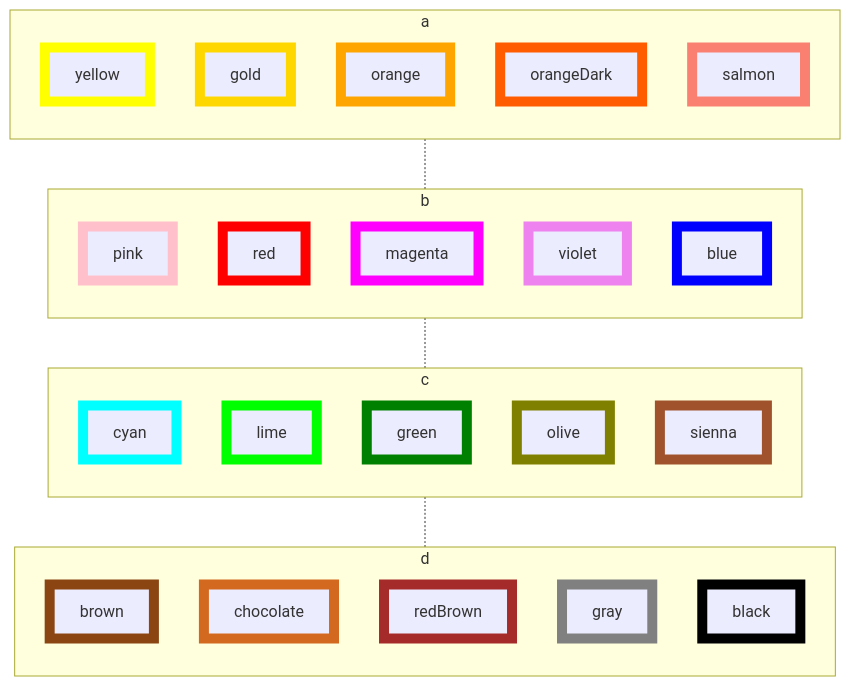
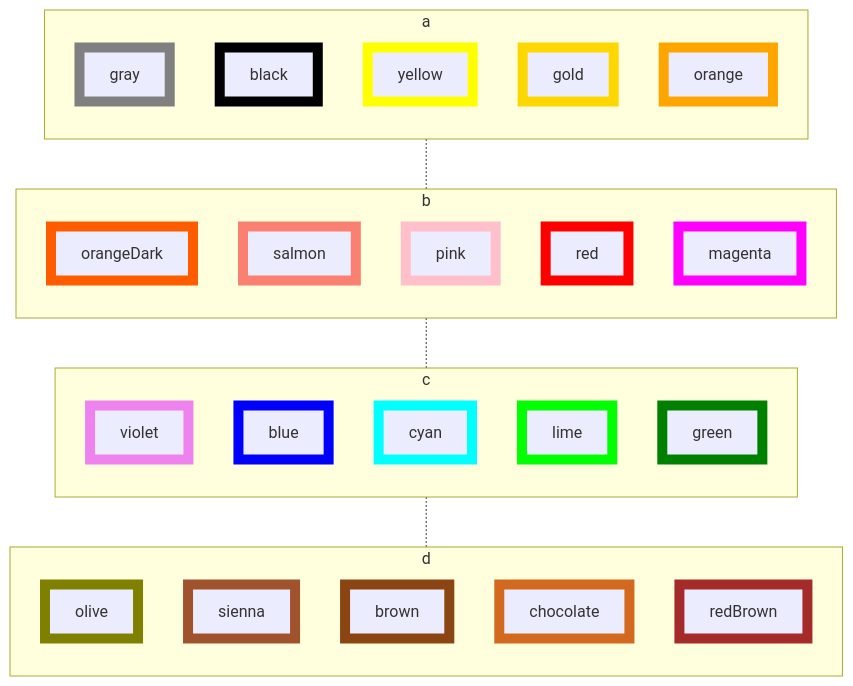
Before and after one commit to Ee-Cs/Ee-Cs.github.io: the second of 2 diagrams in files/fill-and-stroke-colors.md, drawn with Mermaid. The commit also changed other lines of this file, not shown here.

````diff
--- a/files/fill-and-stroke-colors.md
+++ b/files/fill-and-stroke-colors.md
@@ -38,57 +38,57 @@
 ```mermaid
 flowchart TB
 subgraph a
     direction TB
+    gray:::gray
+    black:::black
     yellow:::yellow
     gold:::gold
     orange:::orange
-    orangeDark:::orangeDark
-    salmon:::salmon
 end
 subgraph b
     direction TB
+    orangeDark:::orangeDark
+    salmon:::salmon
     pink:::pink
     red:::red
     magenta:::magenta
-    violet:::violet
-    blue:::blue
 end
 subgraph c
     direction TB
+    violet:::violet
+    blue:::blue
     cyan:::cyan
     lime:::lime
     green:::green
-    olive:::olive
-    sienna:::sienna
 end
 subgraph d
     direction TB
+    olive:::olive
+    sienna:::sienna
     brown:::brown
     chocolate:::chocolate
     redBrown:::redBrown
-    gray:::gray
-    black:::black
 end
 a -.- b -.- c -.- d
 %% Styles
     classDef black stroke:black,stroke-width:10px
     classDef blue stroke:blue,stroke-width:10px
     classDef brown stroke:saddlebrown,stroke-width:10px
     classDef chocolate stroke:chocolate,stroke-width:10px
     classDef cyan stroke:cyan,stroke-width:10px
     classDef gold stroke:gold,stroke-width:10px
     classDef gray stroke:gray,stroke-width:10px
     classDef green stroke:green,stroke-width:10px
     classDef lime stroke:lime,stroke-width:10px
     classDef magenta stroke:magenta,stroke-width:10px
     classDef olive stroke:olive,stroke-width:10px
     classDef orange stroke:orange,stroke-width:10px
     classDef orangeDark stroke:#FF5C00,stroke-width:10px
     classDef pink stroke:pink,stroke-width:10px
     classDef red stroke:red,stroke-width:10px
     classDef redBrown stroke:brown,stroke-width:10px
     classDef salmon stroke:salmon,stroke-width:10px
     classDef sienna stroke:sienna,stroke-width:10px
     classDef violet stroke:violet,stroke-width:10px
     classDef yellow stroke:yellow,stroke-width:10px
 ```
````
